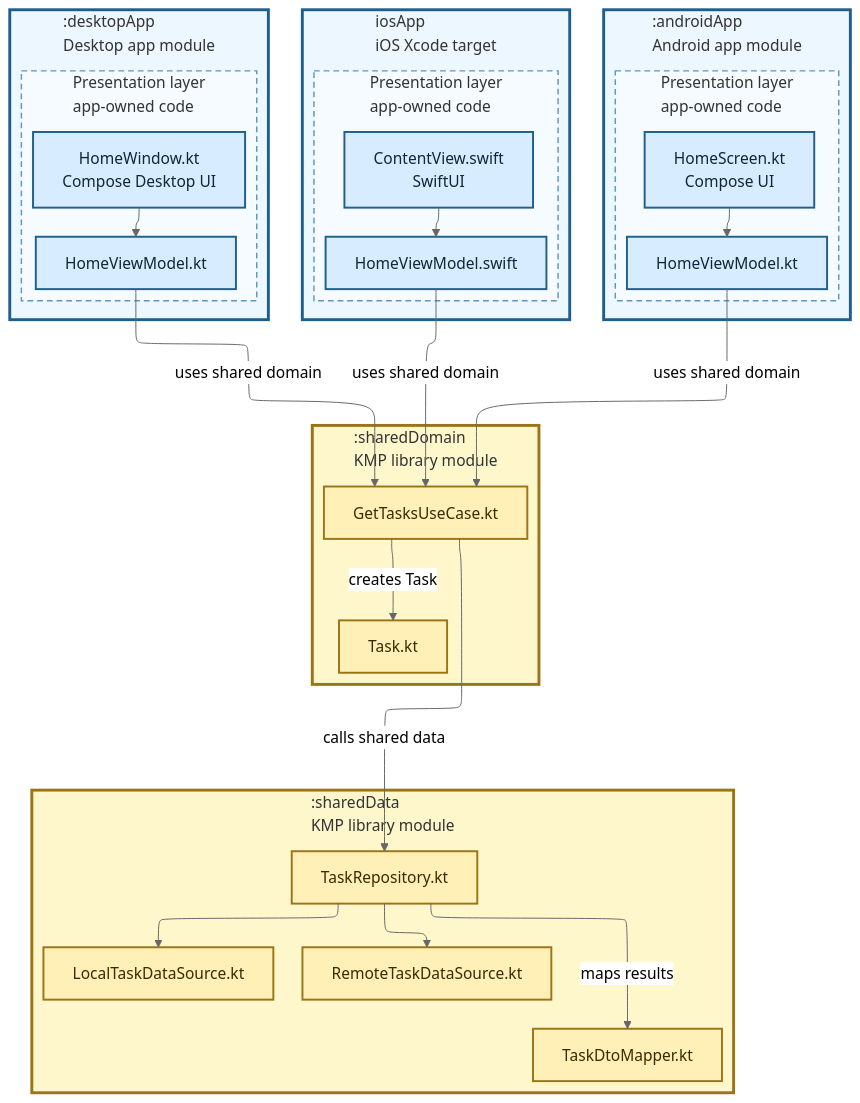
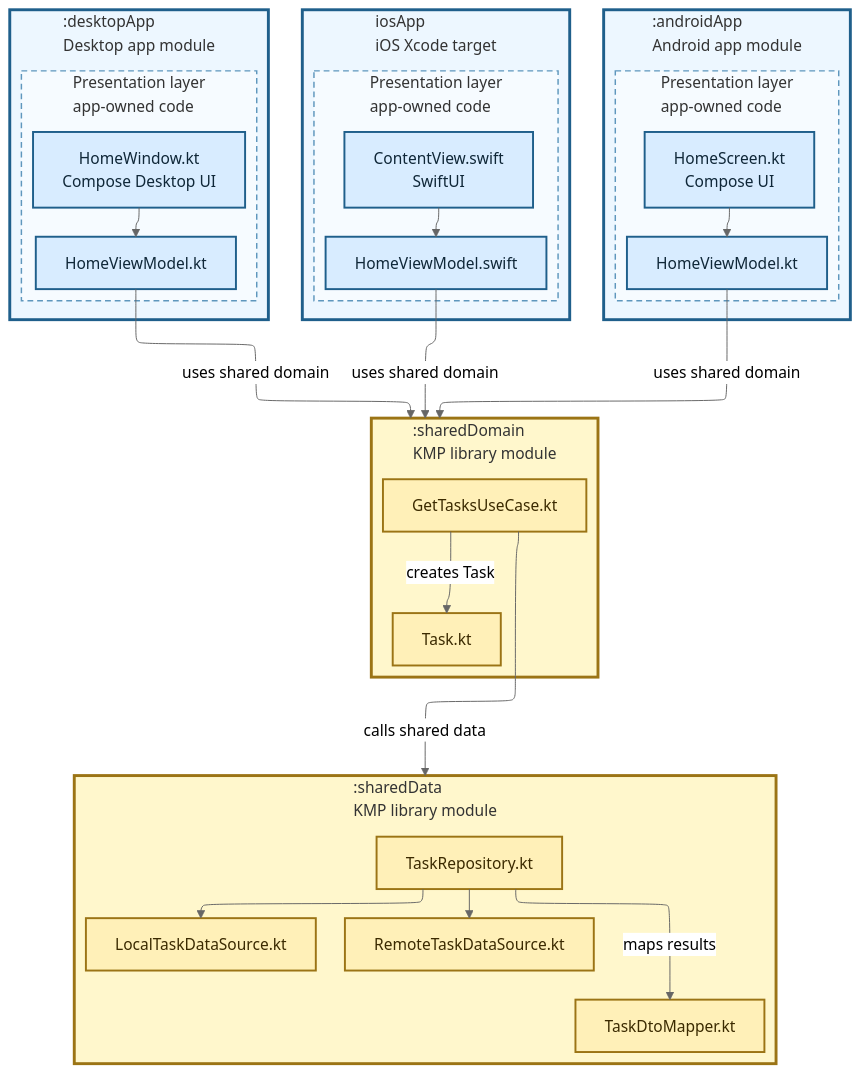
One commit to TheSetox/kmp-sample-diagrams changed the diagram in diagrams/18-three-layer-kmp-domain-data.md. Above: the diagram before and after it, drawn with Mermaid (neutral theme). The commit also changed 38 other files, not shown here.

Commit message:
docs: clarify diagram typography and routing

````diff
--- a/diagrams/18-three-layer-kmp-domain-data.md
+++ b/diagrams/18-three-layer-kmp-domain-data.md
@@ -5,74 +5,74 @@
 ```mermaid
 ---
 config:
   layout: elk
   elk:
     nodePlacementStrategy: LINEAR_SEGMENTS
 ---
 flowchart TB
   subgraph Android[":androidApp\nAndroid app module"]
     direction TB
     subgraph APresentation["Presentation layer\napp-owned code"]
       direction TB
       AUI["HomeScreen.kt\nCompose UI"]
       AVM["HomeViewModel.kt"]
       AUI --> AVM
     end
   end
 
   subgraph IOS["iosApp\niOS Xcode target"]
     direction TB
     subgraph IPresentation["Presentation layer\napp-owned code"]
       direction TB
       IUI["ContentView.swift\nSwiftUI"]
       IVM["HomeViewModel.swift"]
       IUI --> IVM
     end
   end
 
   subgraph Desktop[":desktopApp\nDesktop app module"]
     direction TB
     subgraph DPresentation["Presentation layer\napp-owned code"]
       direction TB
       DUI["HomeWindow.kt\nCompose Desktop UI"]
       DVM["HomeViewModel.kt"]
       DUI --> DVM
     end
   end
 
   subgraph Domain[":sharedDomain\nKMP library module"]
     direction TB
     UseCase["GetTasksUseCase.kt"]
     Entity["Task.kt"]
     UseCase -->|"creates Task"| Entity
   end
 
   subgraph Data[":sharedData\nKMP library module"]
     direction TB
     Repository["TaskRepository.kt"]
     Remote["RemoteTaskDataSource.kt"]
     Cache["LocalTaskDataSource.kt"]
     Mapper["TaskDtoMapper.kt"]
     Repository --> Remote
     Repository --> Cache
     Repository -->|"maps results"| Mapper
   end
 
-  DVM -->|"uses shared domain"| UseCase
-  IVM -->|"uses shared domain"| UseCase
-  AVM -->|"uses shared domain"| UseCase
-  UseCase -->|"calls shared data"| Repository
+  DVM -->|"uses shared domain"| Domain
+  IVM -->|"uses shared domain"| Domain
+  AVM -->|"uses shared domain"| Domain
+  UseCase -->|"calls shared data"| Data
 
   classDef app fill:#d8ecff,stroke:#1f5f8b,color:#0f2738,stroke-width:2px;
   classDef kmp fill:#fff0b8,stroke:#9b7415,color:#3b2a00,stroke-width:2px;
   class AUI,AVM,IUI,IVM,DUI,DVM app;
   class UseCase,Entity,Repository,Remote,Cache,Mapper kmp;
   style Android fill:#edf7ff,stroke:#1f5f8b,stroke-width:3px
   style IOS fill:#edf7ff,stroke:#1f5f8b,stroke-width:3px
   style Desktop fill:#edf7ff,stroke:#1f5f8b,stroke-width:3px
   style APresentation fill:#f6fbff,stroke:#5f97bd,stroke-width:1.5px,stroke-dasharray:6 4
   style IPresentation fill:#f6fbff,stroke:#5f97bd,stroke-width:1.5px,stroke-dasharray:6 4
   style DPresentation fill:#f6fbff,stroke:#5f97bd,stroke-width:1.5px,stroke-dasharray:6 4
   style Domain fill:#fff7cc,stroke:#9b7415,stroke-width:3px
   style Data fill:#fff7cc,stroke:#9b7415,stroke-width:3px
 ```
````
